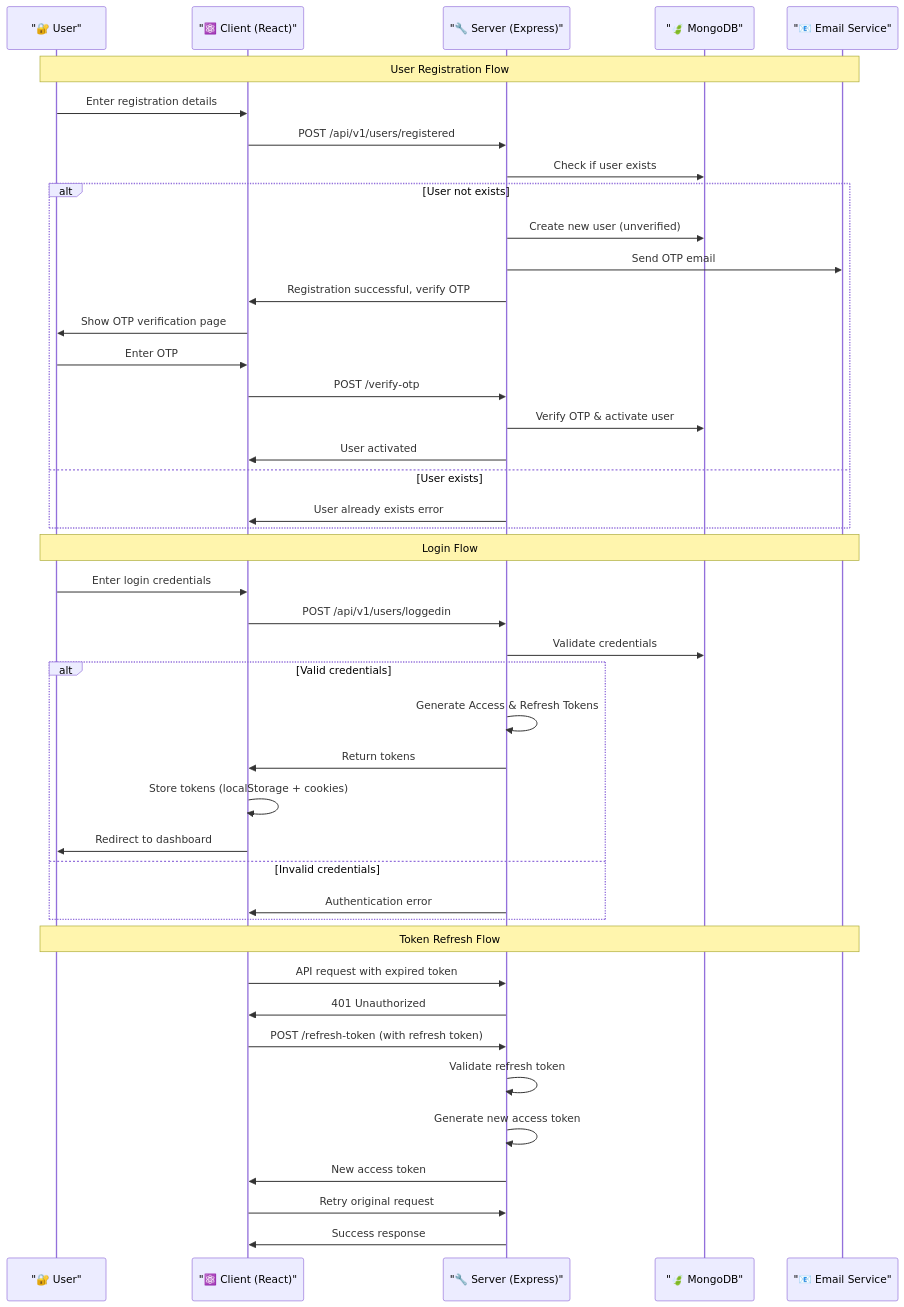
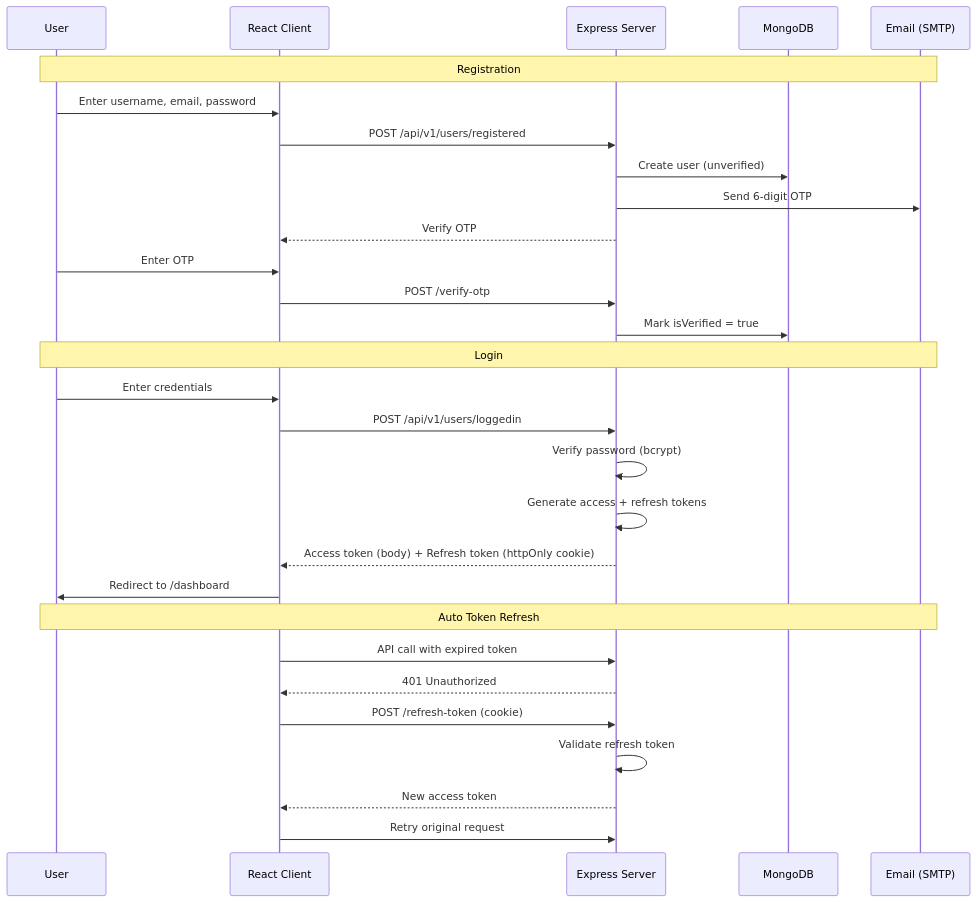
Before and after one commit to er-pritamdas/Progress-Pulse: the second of 2 diagrams in README.md, drawn with Mermaid. The commit also changed other lines of this file and 12 other files, not shown here.

````diff
--- a/README.md
+++ b/README.md
@@ -96,48 +157,34 @@
 ```mermaid
 sequenceDiagram
-    participant U as "🔐 User"
-    participant C as "⚛️ Client (React)"
-    participant S as "🔧 Server (Express)"
-    participant DB as "🍃 MongoDB"
-    participant E as "📧 Email Service"
+    participant U as User
+    participant C as React Client
+    participant S as Express Server
+    participant DB as MongoDB
+    participant E as Email (SMTP)
 
-    Note over U,E: User Registration Flow
-    U->>C: Enter registration details
+    Note over U,E: Registration
+    U->>C: Enter username, email, password
     C->>S: POST /api/v1/users/registered
-    S->>DB: Check if user exists
-    alt User not exists
-        S->>DB: Create new user (unverified)
-        S->>E: Send OTP email
-        S->>C: Registration successful, verify OTP
-        C->>U: Show OTP verification page
-        U->>C: Enter OTP
-        C->>S: POST /verify-otp
-        S->>DB: Verify OTP & activate user
-        S->>C: User activated
-    else User exists
-        S->>C: User already exists error
-    end
+    S->>DB: Create user (unverified)
+    S->>E: Send 6-digit OTP
+    S-->>C: Verify OTP
+    U->>C: Enter OTP
+    C->>S: POST /verify-otp
+    S->>DB: Mark isVerified = true
 
-    Note over U,E: Login Flow
-    U->>C: Enter login credentials
+    Note over U,E: Login
+    U->>C: Enter credentials
     C->>S: POST /api/v1/users/loggedin
-    S->>DB: Validate credentials
-    alt Valid credentials
-        S->>S: Generate Access & Refresh Tokens
-        S->>C: Return tokens
-        C->>C: Store tokens (localStorage + cookies)
-        C->>U: Redirect to dashboard
-    else Invalid credentials
-        S->>C: Authentication error
-    end
+    S->>S: Verify password (bcrypt)
+    S->>S: Generate access + refresh tokens
+    S-->>C: Access token (body) + Refresh token (httpOnly cookie)
+    C->>U: Redirect to /dashboard
 
-    Note over U,E: Token Refresh Flow
-    C->>S: API request with expired token
-    S->>C: 401 Unauthorized
-    C->>S: POST /refresh-token (with refresh token)
+    Note over U,E: Auto Token Refresh
+    C->>S: API call with expired token
+    S-->>C: 401 Unauthorized
+    C->>S: POST /refresh-token (cookie)
     S->>S: Validate refresh token
-    S->>S: Generate new access token
-    S->>C: New access token
+    S-->>C: New access token
     C->>S: Retry original request
-    S->>C: Success response
 ```
````
